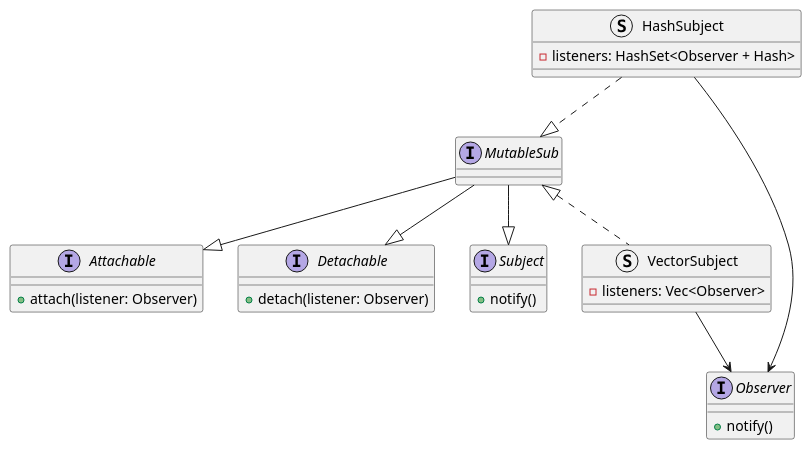
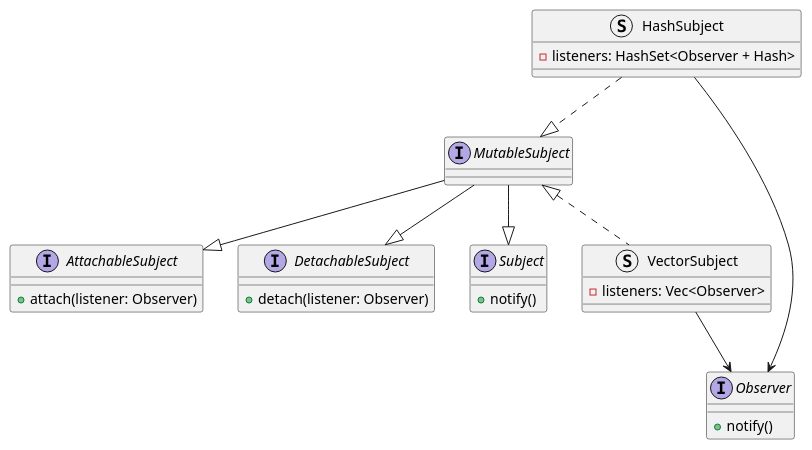
The diagram in roopes_core/src/patterns/observer/observer.plantuml (zwerdlds/roopes), drawn with PlantUML before and after one commit. The commit also changed 39 other files, not shown here.

```diff
--- a/roopes_core/src/patterns/observer/observer.plantuml
+++ b/roopes_core/src/patterns/observer/observer.plantuml
@@ -1,36 +1,36 @@
 @startuml "observer"
 interface "Observer" as obs {
     {method} + notify()
 }
 
-interface "Attachable" as attach {
+interface "AttachableSubject" as attach {
     {method} + attach(listener: Observer)
 }
 
-interface "Detachable" as detach {
+interface "DetachableSubject" as detach {
     {method} + detach(listener: Observer)
 }
 
 interface "Subject" as sub {
     {method} + notify()
 }
 
-interface "MutableSub" as mutsub {
+interface "MutableSubject" as mutsub {
 }
 mutsub --|> attach
 mutsub --|> detach
 mutsub --|> sub
 
 struct "VectorSubject" as vecsub {
     {field} - listeners: Vec<Observer>
 }
 vecsub .u.|> mutsub
 vecsub --> obs
 
 struct "HashSubject" as hshsub {
     {field} - listeners: HashSet<Observer + Hash>
 }
 hshsub ..|> mutsub
 hshsub --> obs
 
 @enduml
```
